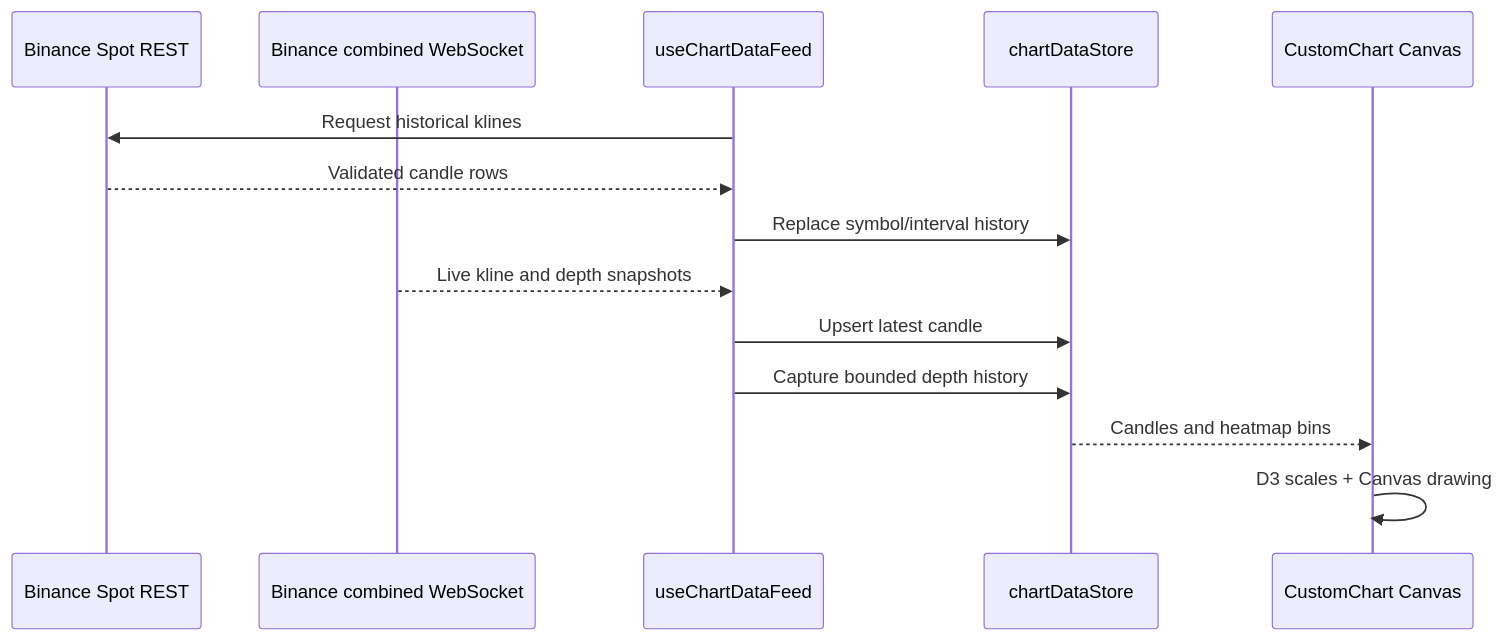
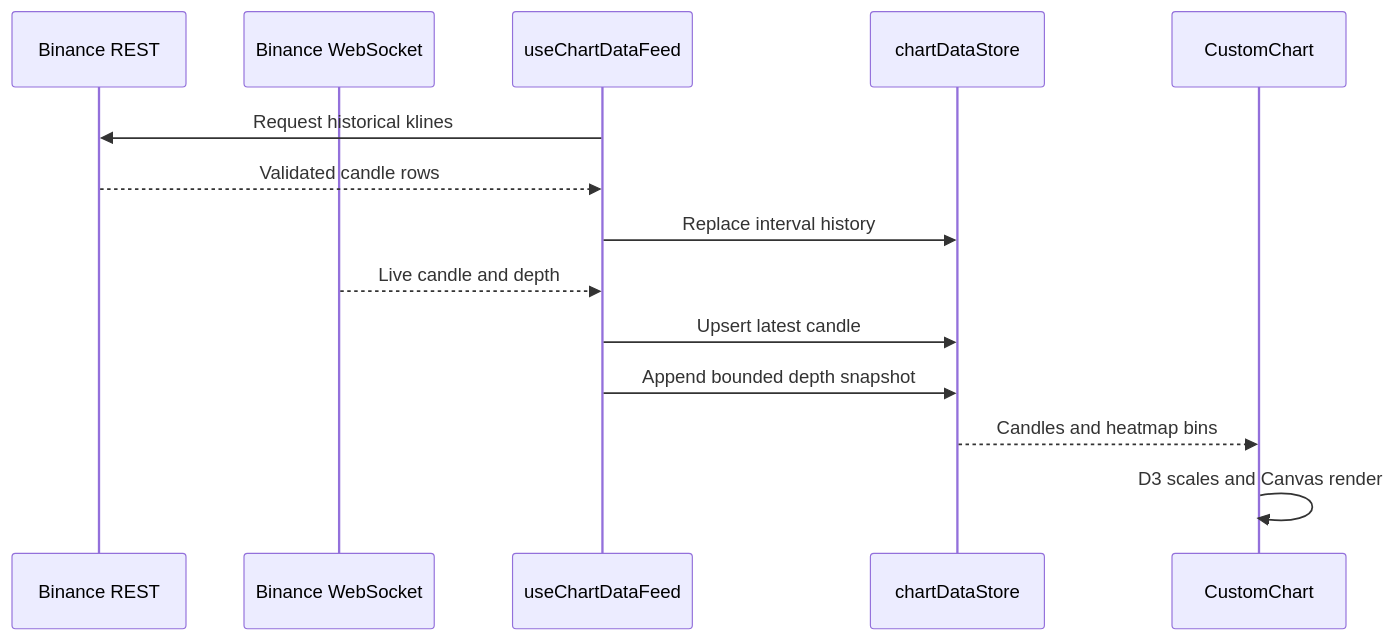
The second of 3 diagrams in ARCHITECTURE.md (JWHaan/quant.term), drawn with Mermaid before and after one commit. The commit also changed other lines of this file and 165 other files, not shown here.

````diff
--- a/ARCHITECTURE.md
+++ b/ARCHITECTURE.md
@@ -118,17 +99,17 @@
-```mermaid
+~~~mermaid
 sequenceDiagram
-    participant REST as Binance Spot REST
-    participant WS as Binance combined WebSocket
+    participant REST as Binance REST
+    participant WS as Binance WebSocket
     participant Feed as useChartDataFeed
     participant Store as chartDataStore
-    participant Chart as CustomChart Canvas
+    participant Chart as CustomChart
 
     Feed->>REST: Request historical klines
     REST-->>Feed: Validated candle rows
-    Feed->>Store: Replace symbol/interval history
-    WS-->>Feed: Live kline and depth snapshots
+    Feed->>Store: Replace interval history
+    WS-->>Feed: Live candle and depth
     Feed->>Store: Upsert latest candle
-    Feed->>Store: Capture bounded depth history
+    Feed->>Store: Append bounded depth snapshot
     Store-->>Chart: Candles and heatmap bins
-    Chart->>Chart: D3 scales + Canvas drawing
-```
+    Chart->>Chart: D3 scales and Canvas render
+~~~
````
